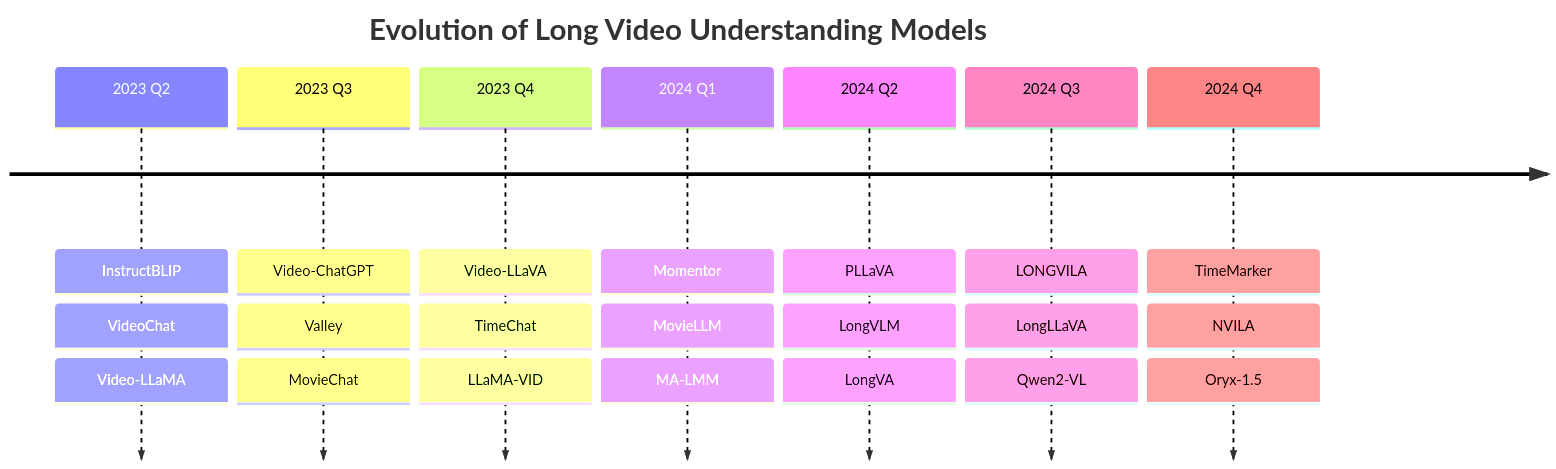
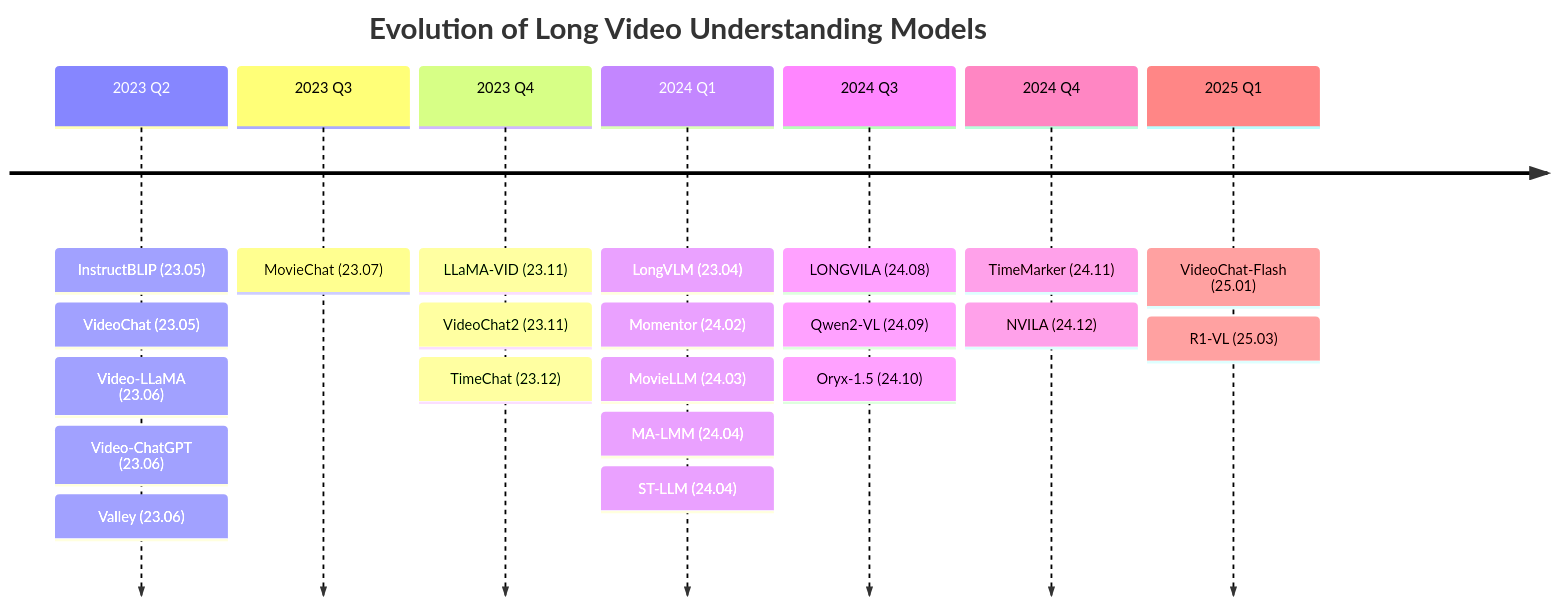
Before and after one commit to Vincent-ZHQ/LV-LLMs: the second of 4 diagrams in README.md, drawn with Mermaid. The commit also changed other lines of this file, not shown here.

````diff
--- a/README.md
+++ b/README.md
@@ -99,32 +143,33 @@
 ```mermaid
 timeline
     title Evolution of Long Video Understanding Models
     
-    2023 Q2 : InstructBLIP
-            : VideoChat
-            : Video-LLaMA
+    2023 Q2 : InstructBLIP (23.05)
+            : VideoChat (23.05)
+            : Video-LLaMA (23.06)
+            : Video-ChatGPT (23.06)
+            : Valley (23.06)
     
-    2023 Q3 : Video-ChatGPT
-            : Valley
-            : MovieChat
+    2023 Q3 : MovieChat (23.07)
     
-    2023 Q4 : Video-LLaVA
-            : TimeChat
-            : LLaMA-VID
+    2023 Q4 : LLaMA-VID (23.11)
+            : VideoChat2 (23.11)
+            : TimeChat (23.12)
     
-    2024 Q1 : Momentor
-            : MovieLLM
-            : MA-LMM
+    2024 Q1 : LongVLM (23.04)
+            : Momentor (24.02)
+            : MovieLLM (24.03)
+            : MA-LMM (24.04)
+            : ST-LLM (24.04)
     
-    2024 Q2 : PLLaVA
-            : LongVLM
-            : LongVA
+    2024 Q3 : LONGVILA (24.08)
+            : Qwen2-VL (24.09)
+            : Oryx-1.5 (24.10)
     
-    2024 Q3 : LONGVILA
-            : LongLLaVA
-            : Qwen2-VL
+    2024 Q4 : TimeMarker (24.11)
+            : NVILA (24.12)
     
-    2024 Q4 : TimeMarker
-            : NVILA
-            : Oryx-1.5
+    2025 Q1 : VideoChat-Flash (25.01)
+            : R1-VL (25.03)
+
 ```
````
